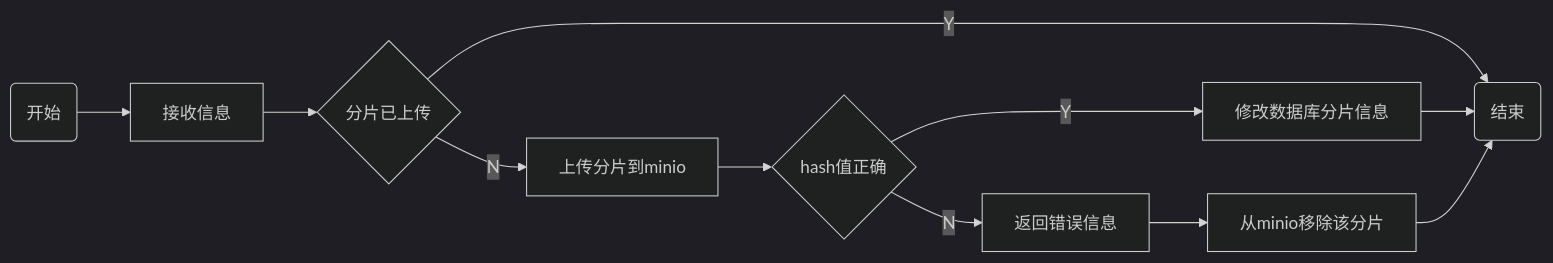
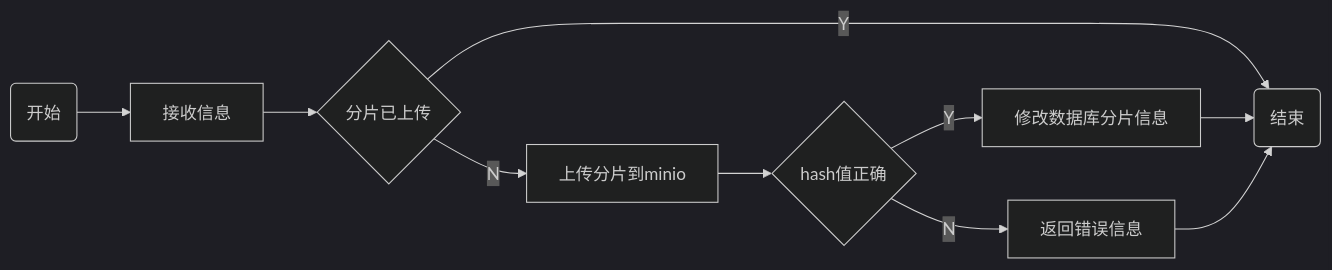
One commit to niuiic/file-service changed the ninth of 11 diagrams in README.md. Above: the diagram before and after it, drawn with Mermaid (dark theme).

````diff
--- a/README.md
+++ b/README.md
@@ -234,24 +234,22 @@
 ```mermaid
 flowchart LR
     start(开始) --> s1
 
     s1[接收信息] --> s3
 
     s3{分片已上传}
     s3 --Y--> finish
     s3 --N--> s4
 
     s4[上传分片到minio] --> s6
 
     s6{hash值正确}
     s6 --Y--> s7
     s6 --N--> s8
 
     s7[修改数据库分片信息] --> finish
 
-    s8[返回错误信息] --> s9
-
-    s9[从minio移除该分片] --> finish
+    s8[返回错误信息] --> finish
 
     finish(结束)
 ```
````
